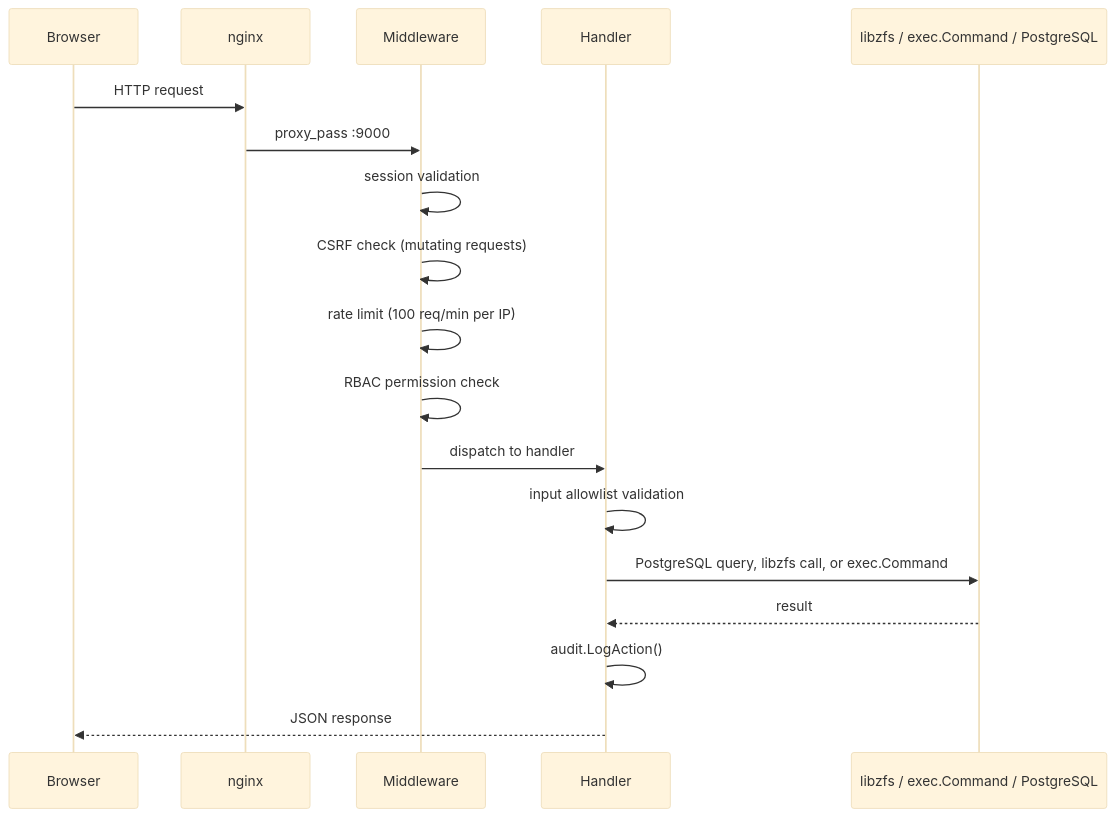
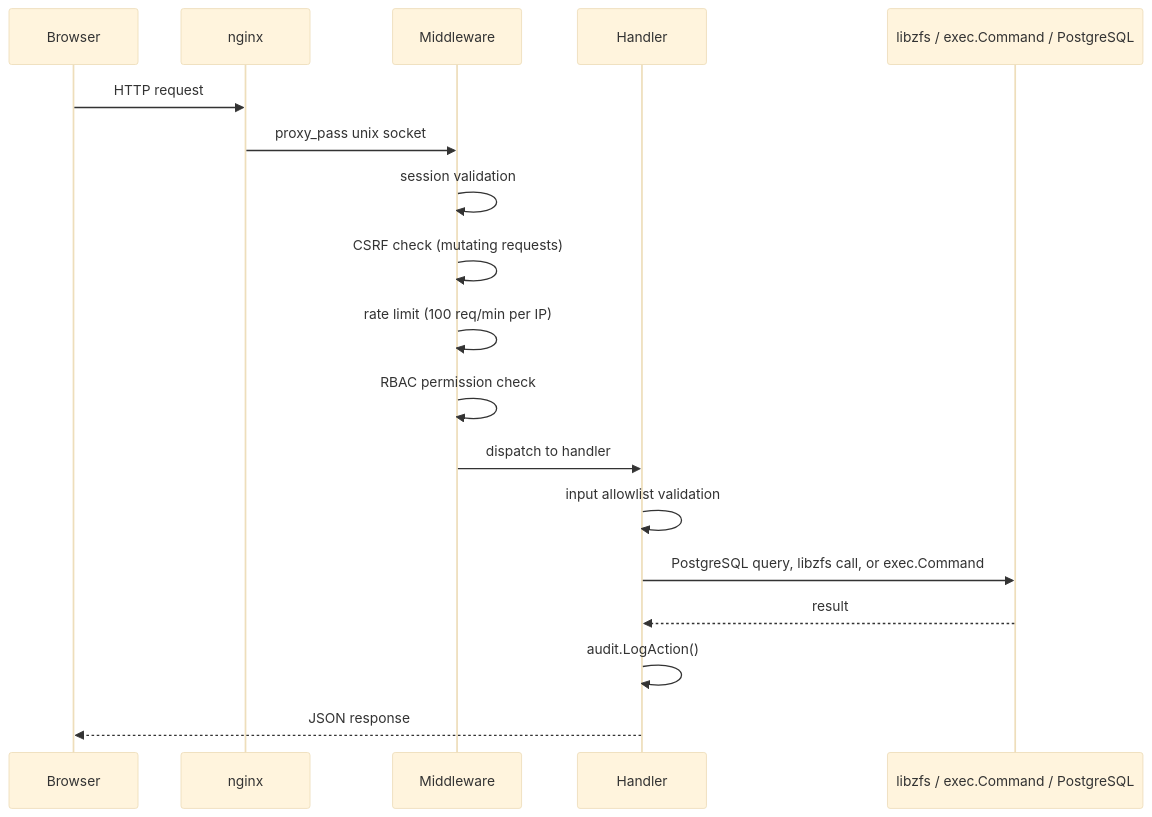
The third of 7 diagrams in docs/development/CODEBASE-DIAGRAM.md (4nonX/D-PlaneOS), drawn with Mermaid before and after one commit. The commit also changed other lines of this file and 26 other files, not shown here.

Commit message:
fix: propagate Unix socket throughout all scripts and documentation

````diff
--- a/docs/development/CODEBASE-DIAGRAM.md
+++ b/docs/development/CODEBASE-DIAGRAM.md
@@ -101,22 +101,22 @@
 ```mermaid
 %%{init: {'theme':'base'}}%%
 sequenceDiagram
     participant B as Browser
     participant N as nginx
     participant M as Middleware
     participant H as Handler
     participant C as libzfs / exec.Command / PostgreSQL
 
     B->>N: HTTP request
-    N->>M: proxy_pass :9000
+    N->>M: proxy_pass unix socket
     M->>M: session validation
     M->>M: CSRF check (mutating requests)
     M->>M: rate limit (100 req/min per IP)
     M->>M: RBAC permission check
     M->>H: dispatch to handler
     H->>H: input allowlist validation
     H->>C: PostgreSQL query, libzfs call, or exec.Command
     C-->>H: result
     H->>H: audit.LogAction()
     H-->>B: JSON response
 ```
````
